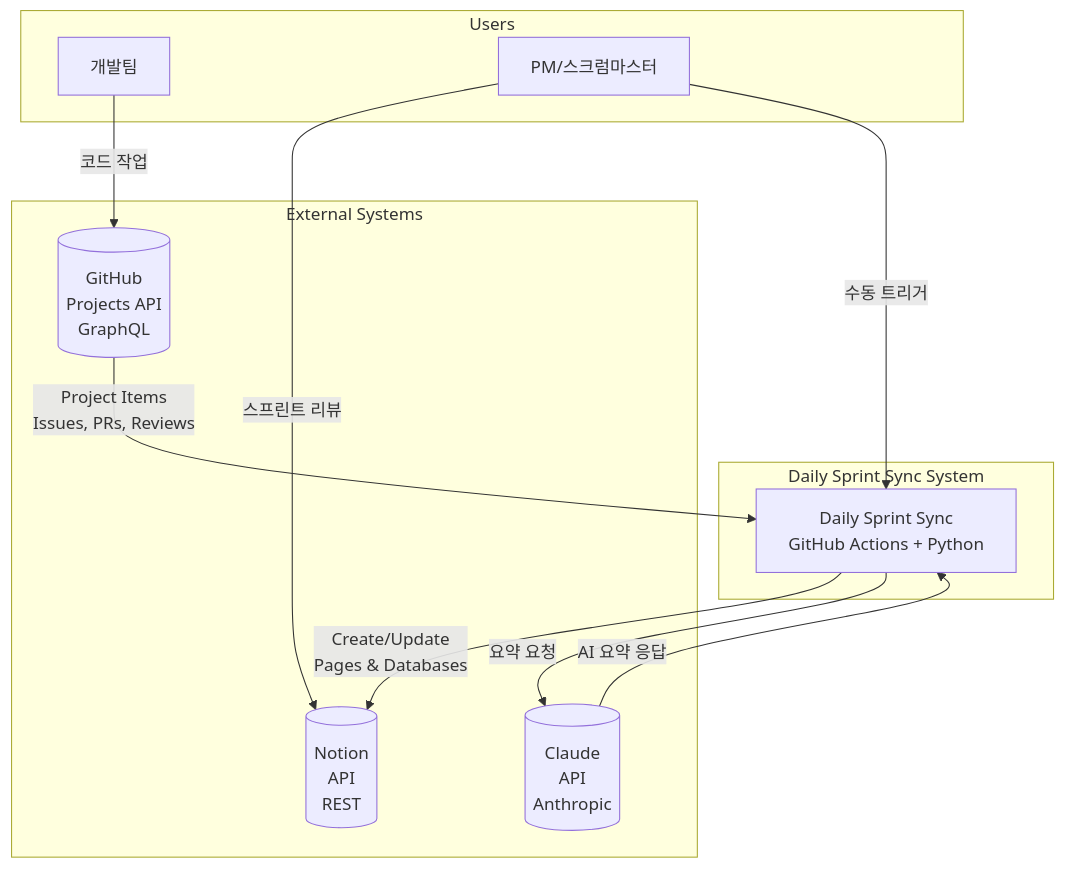
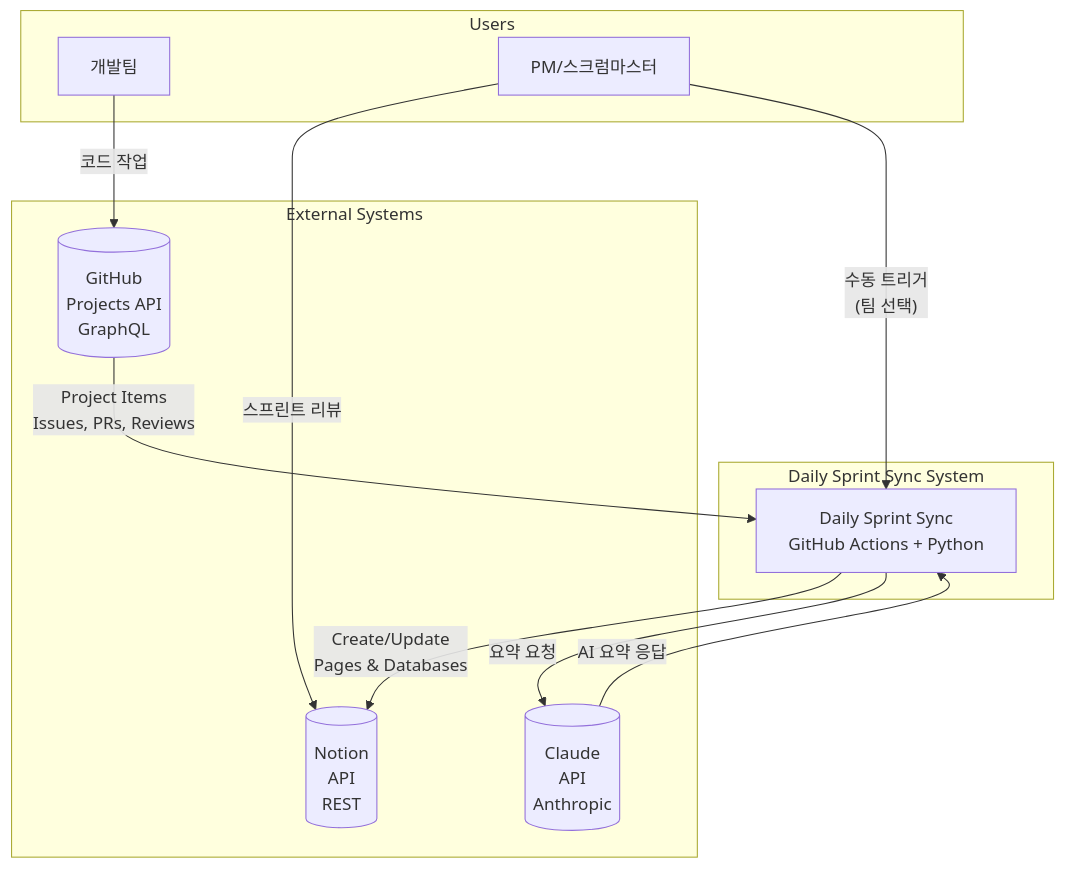
The fifth of 15 diagrams in docs/daily-sprint-sync/INFORMATION-ARCHITECTURE.md (sylvanus4/github-to-notion-sync), drawn with Mermaid before and after one commit. The commit also changed other lines of this file and 23 other files, not shown here.

````diff
--- a/docs/daily-sprint-sync/INFORMATION-ARCHITECTURE.md
+++ b/docs/daily-sprint-sync/INFORMATION-ARCHITECTURE.md
@@ -63,26 +151,26 @@
 ```mermaid
 graph TB
     subgraph "External Systems"
         GH[("GitHub<br/>Projects API<br/>GraphQL")]
         NT[("Notion<br/>API<br/>REST")]
         CL[("Claude<br/>API<br/>Anthropic")]
     end
 
     subgraph "Daily Sprint Sync System"
         DSS[Daily Sprint Sync<br/>GitHub Actions + Python]
     end
 
     subgraph "Users"
         DEV[개발팀]
         PM[PM/스크럼마스터]
     end
 
     GH -->|"Project Items<br/>Issues, PRs, Reviews"| DSS
     DSS -->|"Create/Update<br/>Pages & Databases"| NT
     DSS -->|"요약 요청"| CL
     CL -->|"AI 요약 응답"| DSS
 
     DEV -->|"코드 작업"| GH
     PM -->|"스프린트 리뷰"| NT
-    PM -->|"수동 트리거"| DSS
+    PM -->|"수동 트리거<br/>(팀 선택)"| DSS
 ```
````
